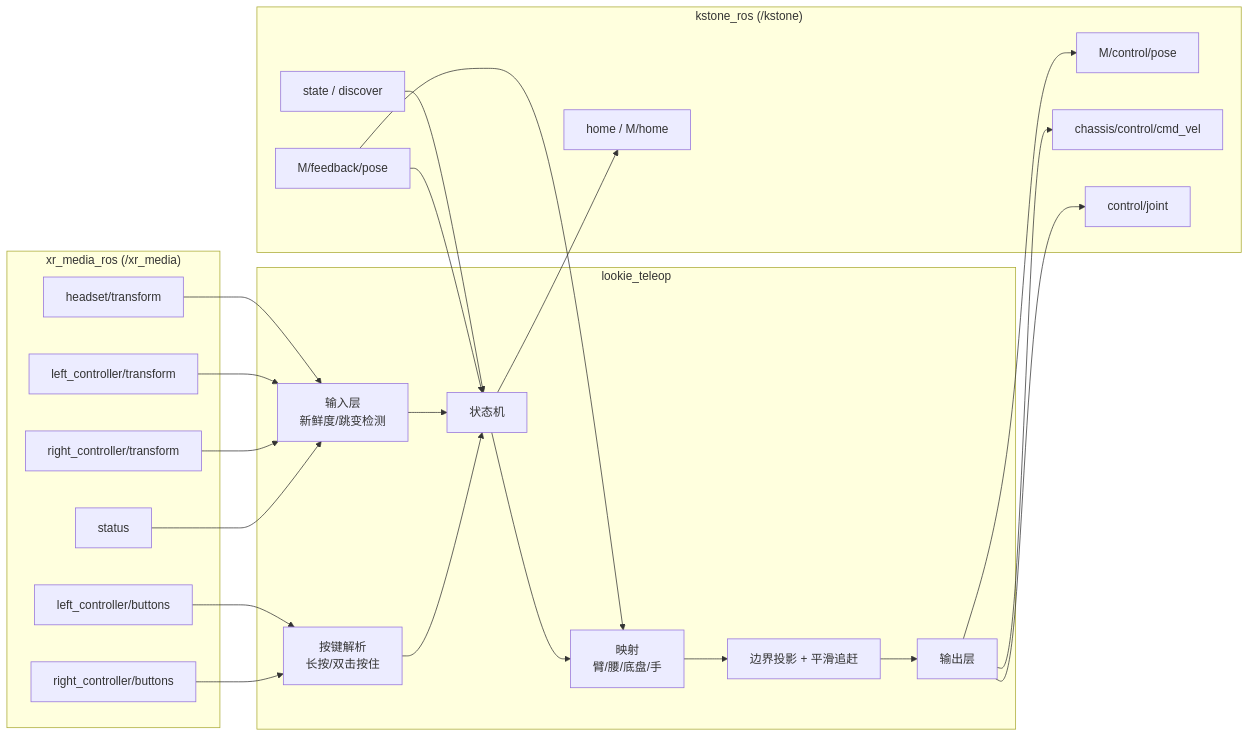
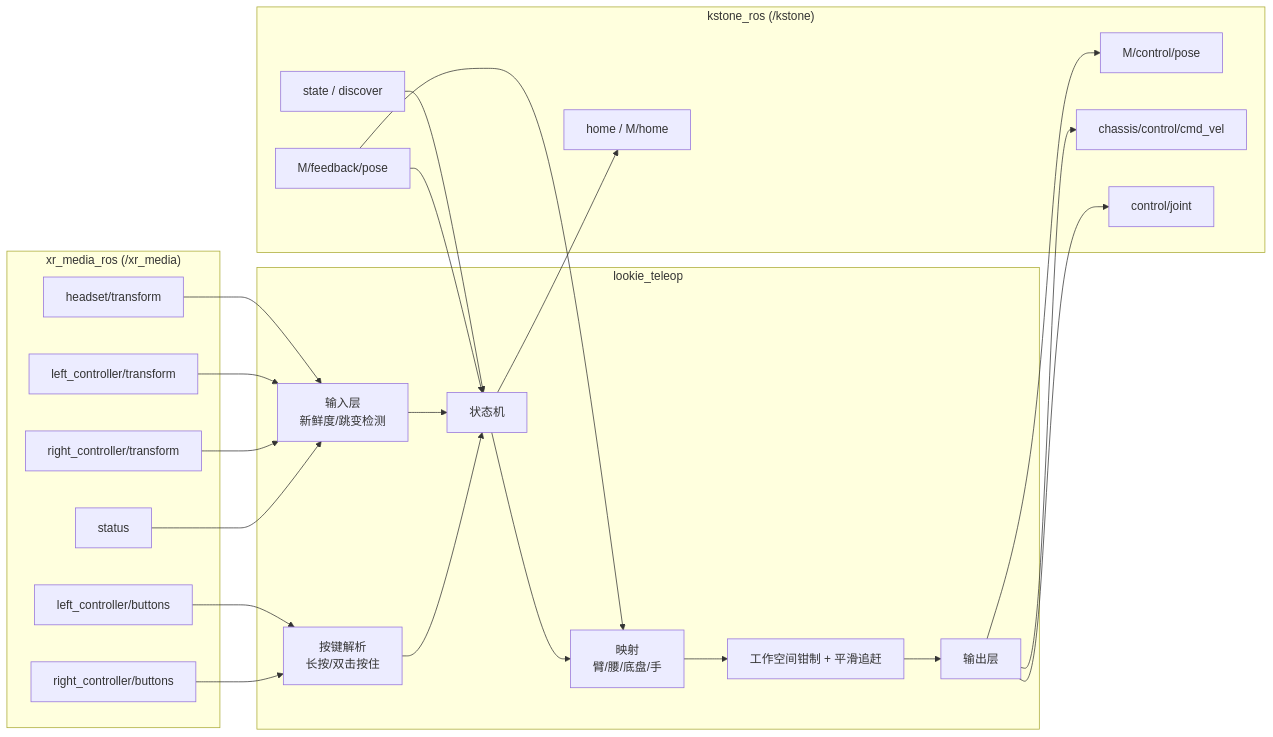
The first of 6 diagrams in lookie_teleop/docs/vr_teleop_dev_design.md (AgilexOpensource/lookie_ros), drawn with Mermaid before and after one commit. The commit also changed other lines of this file and 13 other files, not shown here.

````diff
--- a/lookie_teleop/docs/vr_teleop_dev_design.md
+++ b/lookie_teleop/docs/vr_teleop_dev_design.md
@@ -22,36 +22,36 @@
 ```mermaid
 flowchart LR
     subgraph XR["xr_media_ros (/xr_media)"]
         HT["headset/transform"]
         LT["left_controller/transform"]
         RT["right_controller/transform"]
         LB["left_controller/buttons"]
         RB["right_controller/buttons"]
         ST["status"]
     end
     subgraph TP["lookie_teleop"]
         IN["输入层<br/>新鲜度/跳变检测"]
         BTN["按键解析<br/>长按/双击按住"]
         SM["状态机"]
         MAP["映射<br/>臂/腰/底盘/手"]
-        CLP["边界投影 + 平滑追赶"]
+        CLP["工作空间钳制 + 平滑追赶"]
         OUT["输出层"]
     end
     subgraph KS["kstone_ros (/kstone)"]
         KST["state / discover"]
         KP["M/control/pose"]
         KV["chassis/control/cmd_vel"]
         KJ["control/joint"]
         KH["home / M/home"]
         KF["M/feedback/pose"]
     end
     HT & LT & RT & ST --> IN
     LB & RB --> BTN
     IN --> SM
     BTN --> SM
     SM --> MAP --> CLP --> OUT
     KST & KF --> SM
     KF --> MAP
     OUT --> KP & KV & KJ
     SM --> KH
 ```
````
